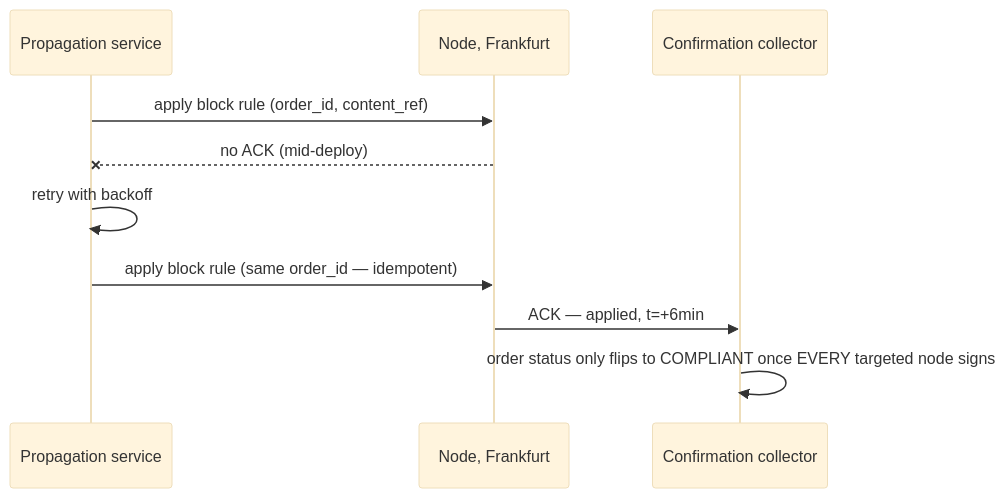
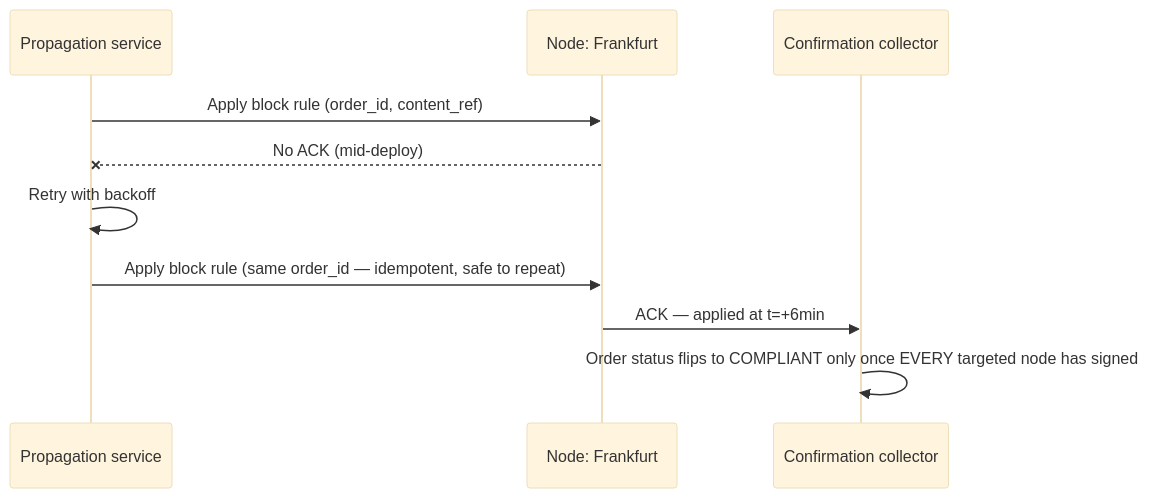
One commit to riyaz-pasha/Learnings changed the fifth of 13 diagrams in system-design/HLD/0-course/48-Legal-Takedown-Propagation-System-FAANG-Guide-story.md. Above: the diagram before and after it, drawn with Mermaid (base theme). The commit also changed other lines of this file and 1 other file, not shown here.

Commit message:
[REWRITE] Legal Takedown Propagation story guide: simplify prose, add structure, fix diagrams

````diff
--- a/system-design/HLD/0-course/48-Legal-Takedown-Propagation-System-FAANG-Guide-story.md
+++ b/system-design/HLD/0-course/48-Legal-Takedown-Propagation-System-FAANG-Guide-story.md
@@ -110,13 +240,13 @@
 ```mermaid
 sequenceDiagram
     participant Prop as Propagation service
-    participant N1 as Node, Frankfurt
+    participant N1 as Node: Frankfurt
     participant Conf as Confirmation collector
 
-    Prop->>N1: apply block rule (order_id, content_ref)
-    N1--xProp: no ACK (mid-deploy)
-    Prop->>Prop: retry with backoff
-    Prop->>N1: apply block rule (same order_id — idempotent)
-    N1->>Conf: ACK — applied, t=+6min
-    Conf->>Conf: order status only flips to COMPLIANT once EVERY targeted node signs
+    Prop->>N1: Apply block rule (order_id, content_ref)
+    N1--xProp: No ACK (mid-deploy)
+    Prop->>Prop: Retry with backoff
+    Prop->>N1: Apply block rule (same order_id — idempotent, safe to repeat)
+    N1->>Conf: ACK — applied at t=+6min
+    Conf->>Conf: Order status flips to COMPLIANT only once EVERY targeted node has signed
 ```
````
